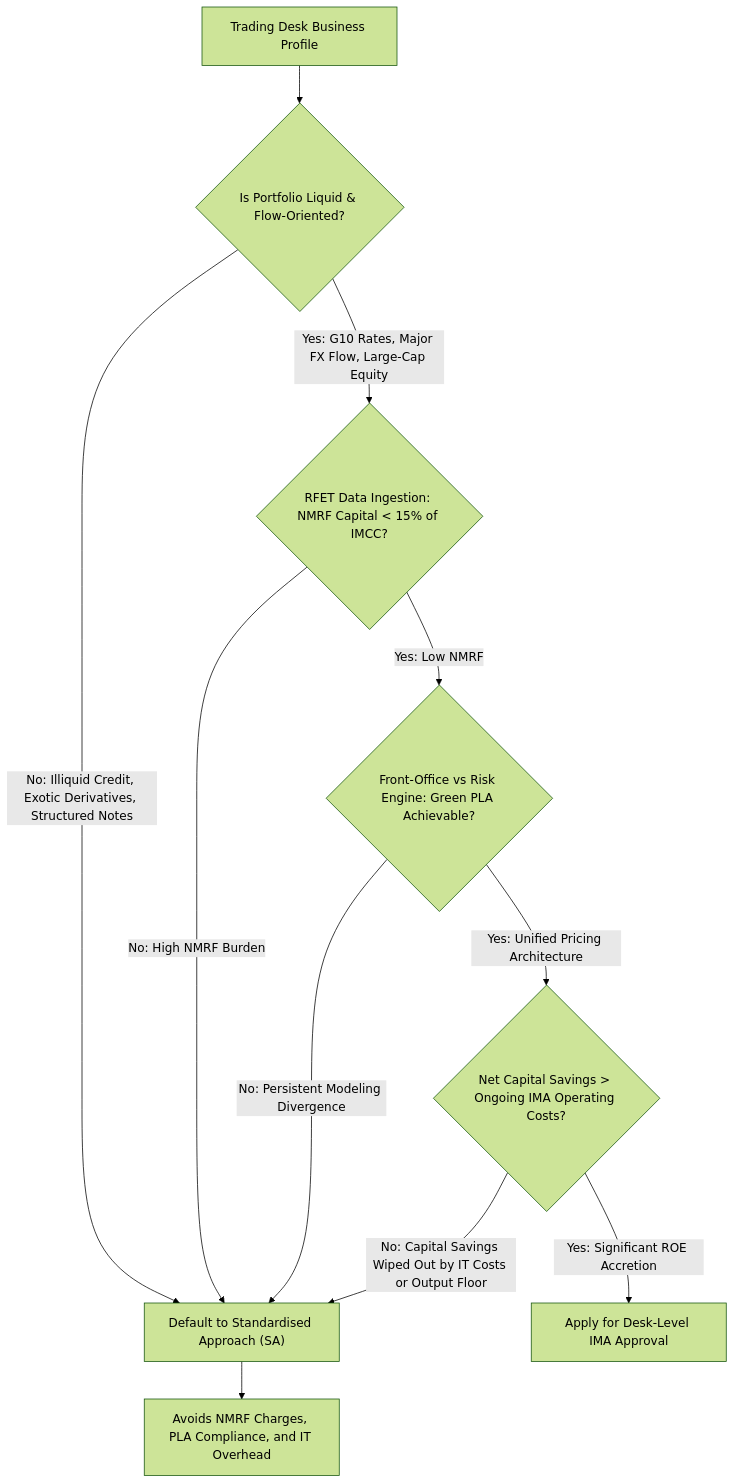
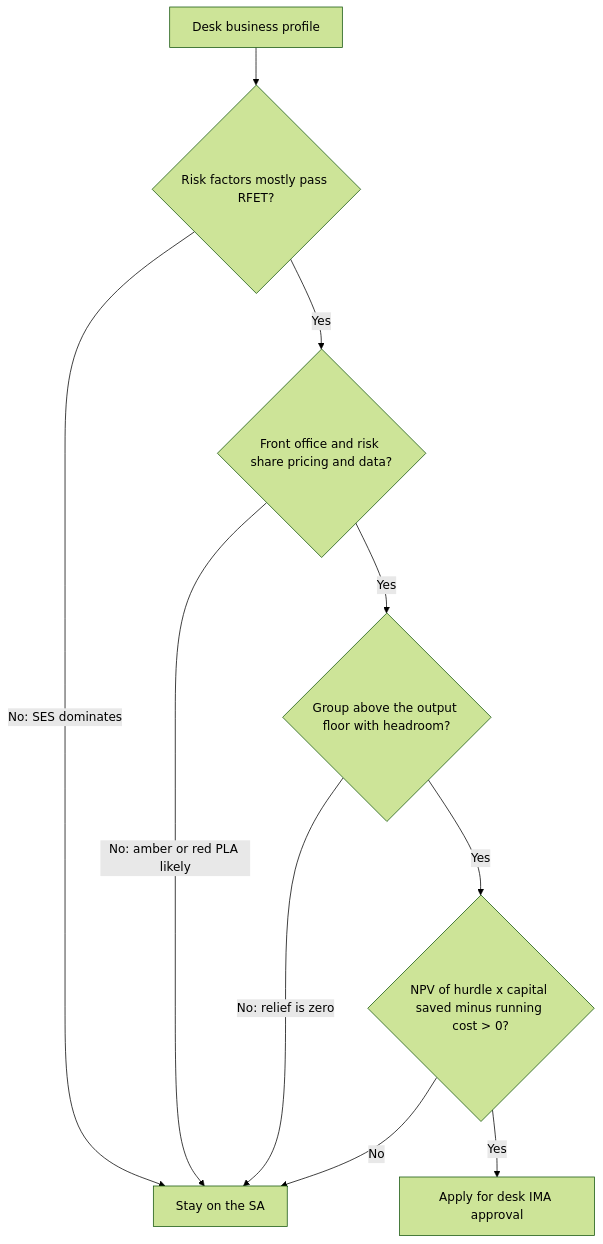
The second of 2 diagrams in 17-Regulatory-Capital-Basel-and-FRTB/13-FRTB-Implementation-Challenges-and-Desk-Strategy.md (shreejitverma/The-Quant-Prep), drawn with Mermaid (forest theme) before and after one commit. The commit also changed other lines of this file and 8 other files, not shown here.

First line of the commit message:
fix(reg): verify regulatory capital notes 13 and 17 to 21 against primary sources (#67)

````diff
--- a/17-Regulatory-Capital-Basel-and-FRTB/13-FRTB-Implementation-Challenges-and-Desk-Strategy.md
+++ b/17-Regulatory-Capital-Basel-and-FRTB/13-FRTB-Implementation-Challenges-and-Desk-Strategy.md
@@ -83,18 +125,12 @@
 ```mermaid
 flowchart TD
-    A["Trading Desk Business Profile"] --> B{"Is Portfolio Liquid & Flow-Oriented?"}
-    
-    B -- "No: Illiquid Credit, Exotic Derivatives, Structured Notes" --> C["Default to Standardised Approach (SA)"]
-    C --> D["Avoids NMRF Charges, PLA Compliance, and IT Overhead"]
-    
-    B -- "Yes: G10 Rates, Major FX Flow, Large-Cap Equity" --> E{"RFET Data Ingestion: NMRF Capital < 15% of IMCC?"}
-    
-    E -- "No: High NMRF Burden" --> C
-    E -- "Yes: Low NMRF" --> F{"Front-Office vs Risk Engine: Green PLA Achievable?"}
-    
-    F -- "No: Persistent Modeling Divergence" --> C
-    F -- "Yes: Unified Pricing Architecture" --> G{"Net Capital Savings > Ongoing IMA Operating Costs?"}
-    
-    G -- "No: Capital Savings Wiped Out by IT Costs or Output Floor" --> C
-    G -- "Yes: Significant ROE Accretion" --> H["Apply for Desk-Level IMA Approval"]
+    A["Desk business profile"] --> B{"Risk factors mostly pass RFET?"}
+    B -- "No: SES dominates" --> SA["Stay on the SA"]
+    B -- "Yes" --> C{"Front office and risk share pricing and data?"}
+    C -- "No: amber or red PLA likely" --> SA
+    C -- "Yes" --> D{"Group above the output floor with headroom?"}
+    D -- "No: relief is zero" --> SA
+    D -- "Yes" --> E{"NPV of hurdle x capital saved minus running cost > 0?"}
+    E -- "No" --> SA
+    E -- "Yes" --> F["Apply for desk IMA approval"]
 ```
````
